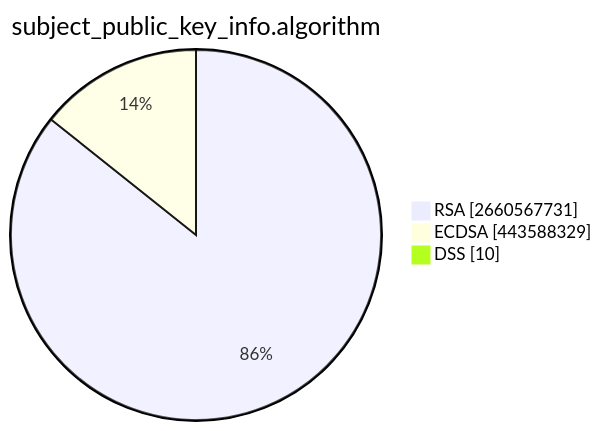
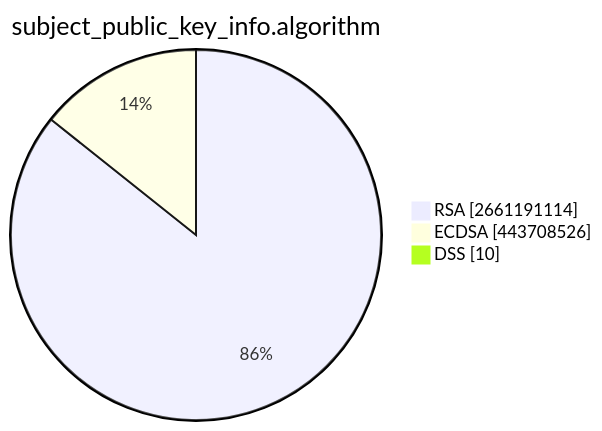
The second of 15 diagrams in TOTAL/README.md (christiankrug/ctmonitor_visualization), drawn with Mermaid before and after one commit. The commit also changed other lines of this file, not shown here.

````diff
--- a/TOTAL/README.md
+++ b/TOTAL/README.md
@@ -6,7 +6,7 @@
 ```mermaid
 pie showData
 title subject_public_key_info.algorithm
-"RSA" :2660567731
-"ECDSA" :443588329
+"RSA" :2661191114
+"ECDSA" :443708526
 "DSS" :10
 ```
````
